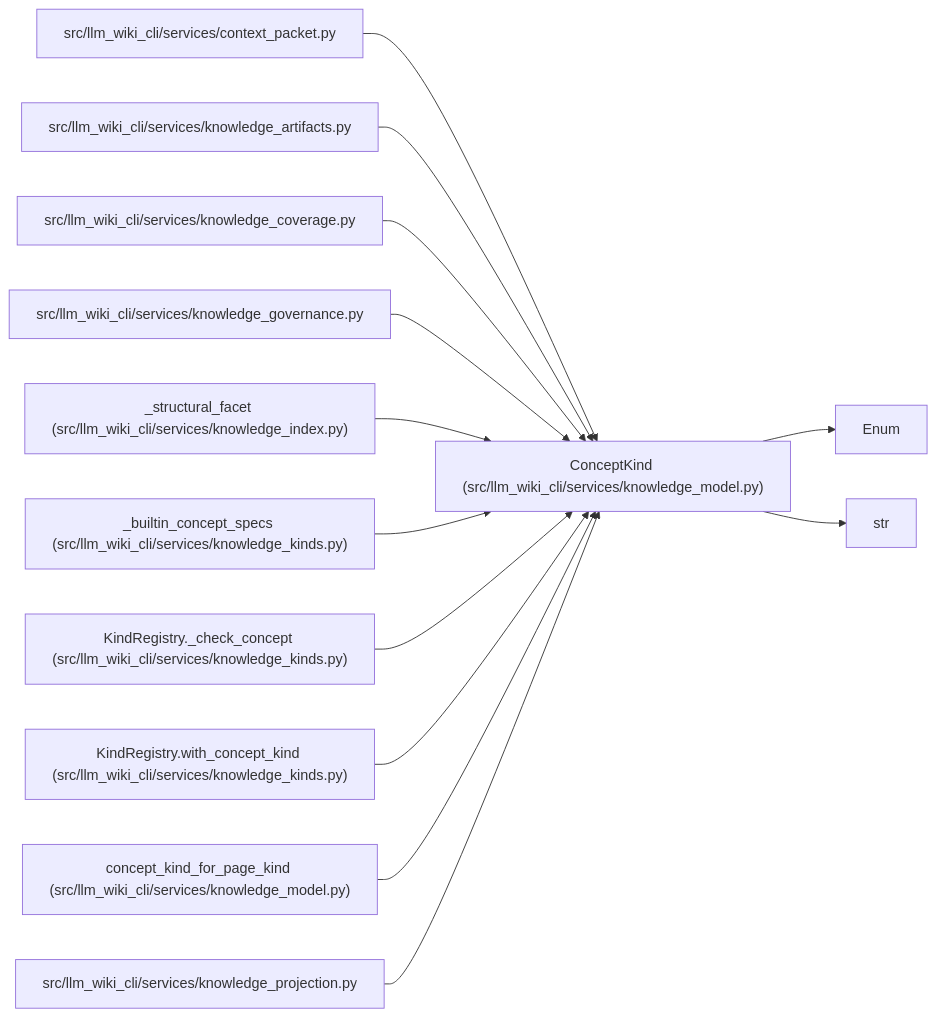
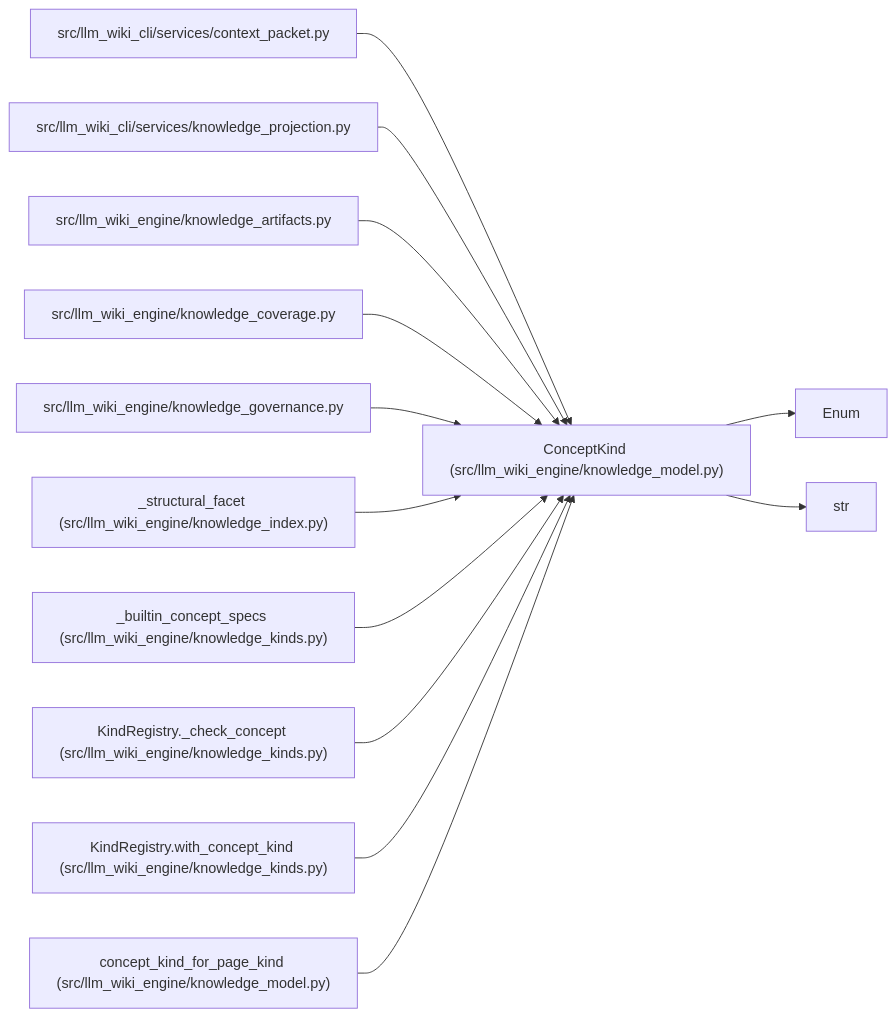
Before and after one commit to Denissvgn/python-wiki-llm: the diagram in docs/llm_wiki/entities/ConceptKind.md, drawn with Mermaid. The commit also changed other lines of this file and 1058 other files, not shown here.

First line of the commit message:
docs: refresh the wiki for the knowledge store move

````diff
--- a/docs/llm_wiki/entities/ConceptKind.md
+++ b/docs/llm_wiki/entities/ConceptKind.md
@@ -36,39 +36,39 @@
 ```mermaid
 flowchart LR
-    n0["ConceptKind (src/llm_wiki_cli/services/knowledge_model.py)"]
+    n0["ConceptKind (src/llm_wiki_engine/knowledge_model.py)"]
     n1["Enum"]
     n2["str"]
     n3["src/llm_wiki_cli/services/context_packet.py"]
-    n4["src/llm_wiki_cli/services/knowledge_artifacts.py"]
-    n5["src/llm_wiki_cli/services/knowledge_coverage.py"]
-    n6["src/llm_wiki_cli/services/knowledge_governance.py"]
-    n7["_structural_facet (src/llm_wiki_cli/services/knowledge_index.py)"]
-    n8["_builtin_concept_specs (src/llm_wiki_cli/services/knowledge_kinds.py)"]
-    n9["KindRegistry._check_concept (src/llm_wiki_cli/services/knowledge_kinds.py)"]
-    n10["KindRegistry.with_concept_kind (src/llm_wiki_cli/services/knowledge_kinds.py)"]
-    n11["concept_kind_for_page_kind (src/llm_wiki_cli/services/knowledge_model.py)"]
-    n12["src/llm_wiki_cli/services/knowledge_projection.py"]
+    n4["src/llm_wiki_cli/services/knowledge_projection.py"]
+    n5["src/llm_wiki_engine/knowledge_artifacts.py"]
+    n6["src/llm_wiki_engine/knowledge_coverage.py"]
+    n7["src/llm_wiki_engine/knowledge_governance.py"]
+    n8["_structural_facet (src/llm_wiki_engine/knowledge_index.py)"]
+    n9["_builtin_concept_specs (src/llm_wiki_engine/knowledge_kinds.py)"]
+    n10["KindRegistry._check_concept (src/llm_wiki_engine/knowledge_kinds.py)"]
+    n11["KindRegistry.with_concept_kind (src/llm_wiki_engine/knowledge_kinds.py)"]
+    n12["concept_kind_for_page_kind (src/llm_wiki_engine/knowledge_model.py)"]
     n0 --> n1
     n0 --> n2
     n3 --> n0
     n4 --> n0
     n5 --> n0
     n6 --> n0
     n7 --> n0
     n8 --> n0
     n9 --> n0
     n10 --> n0
     n11 --> n0
     n12 --> n0
     click n0 "../modules/knowledge_model.md"
     click n3 "../modules/context_packet.md"
-    click n4 "../modules/knowledge_artifacts.md"
-    click n5 "../modules/knowledge_coverage.md"
-    click n6 "../modules/knowledge_governance.md"
-    click n7 "../modules/knowledge_index.md"
-    click n8 "../modules/knowledge_kinds.md"
+    click n4 "../modules/knowledge_projection.md"
+    click n5 "../modules/knowledge_artifacts.md"
+    click n6 "../modules/knowledge_coverage.md"
+    click n7 "../modules/knowledge_governance.md"
+    click n8 "../modules/knowledge_index.md"
     click n9 "../modules/knowledge_kinds.md"
     click n10 "../modules/knowledge_kinds.md"
-    click n11 "../modules/knowledge_model.md"
-    click n12 "../modules/knowledge_projection.md"
+    click n11 "../modules/knowledge_kinds.md"
+    click n12 "../modules/knowledge_model.md"
 ```
````
